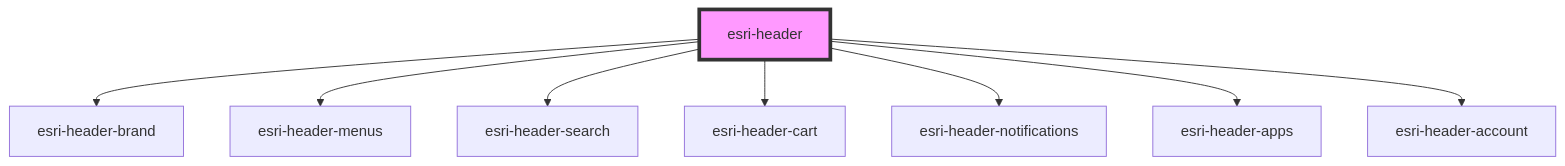
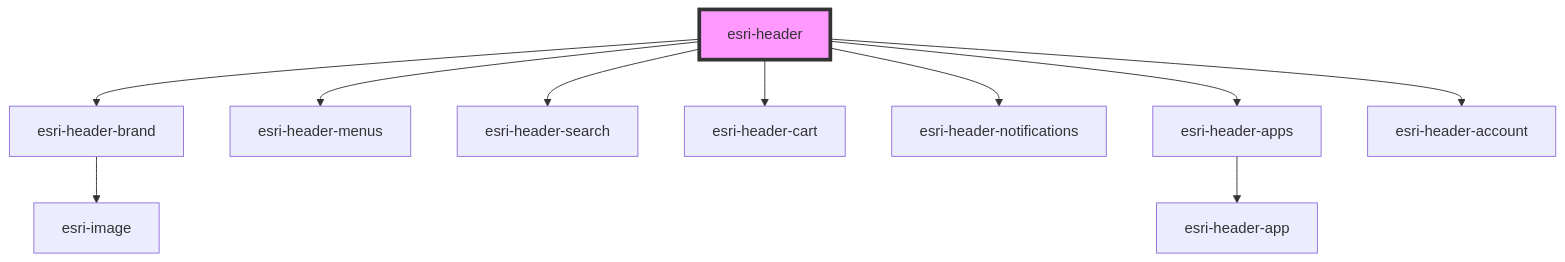
One commit to Esri/global-nav changed the diagram in src/components/esri-header/readme.md. Above: the diagram before and after it, drawn with Mermaid. The commit also changed other lines of this file and 15 other files, not shown here.

````diff
--- a/src/components/esri-header/readme.md
+++ b/src/components/esri-header/readme.md
@@ -48,11 +48,13 @@
 ```mermaid
 graph TD;
   esri-header --> esri-header-brand
   esri-header --> esri-header-menus
   esri-header --> esri-header-search
   esri-header --> esri-header-cart
   esri-header --> esri-header-notifications
   esri-header --> esri-header-apps
   esri-header --> esri-header-account
+  esri-header-brand --> esri-image
+  esri-header-apps --> esri-header-app
   style esri-header fill:#f9f,stroke:#333,stroke-width:4px
 ```
````
